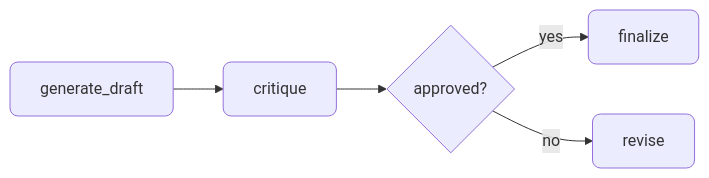
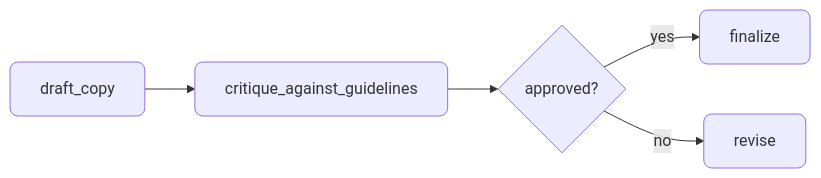
One commit to Muizzkolapo/agent-actions changed the fifth of 7 diagrams in docs.agent-actions/docs/guides/design-patterns.md. Above: the diagram before and after it, drawn with Mermaid. The commit also changed other lines of this file and 69 other files, not shown here.

````diff
--- a/docs.agent-actions/docs/guides/design-patterns.md
+++ b/docs.agent-actions/docs/guides/design-patterns.md
@@ -397,9 +432,9 @@
 ```mermaid
 flowchart LR
-    A[generate_draft] --> B[critique]
+    A[draft_copy] --> B[critique_against_guidelines]
     B --> C{approved?}
     C -->|yes| D[finalize]
     C -->|no| E[revise]
 
     classDef default rx:8,ry:8
 ```
````
